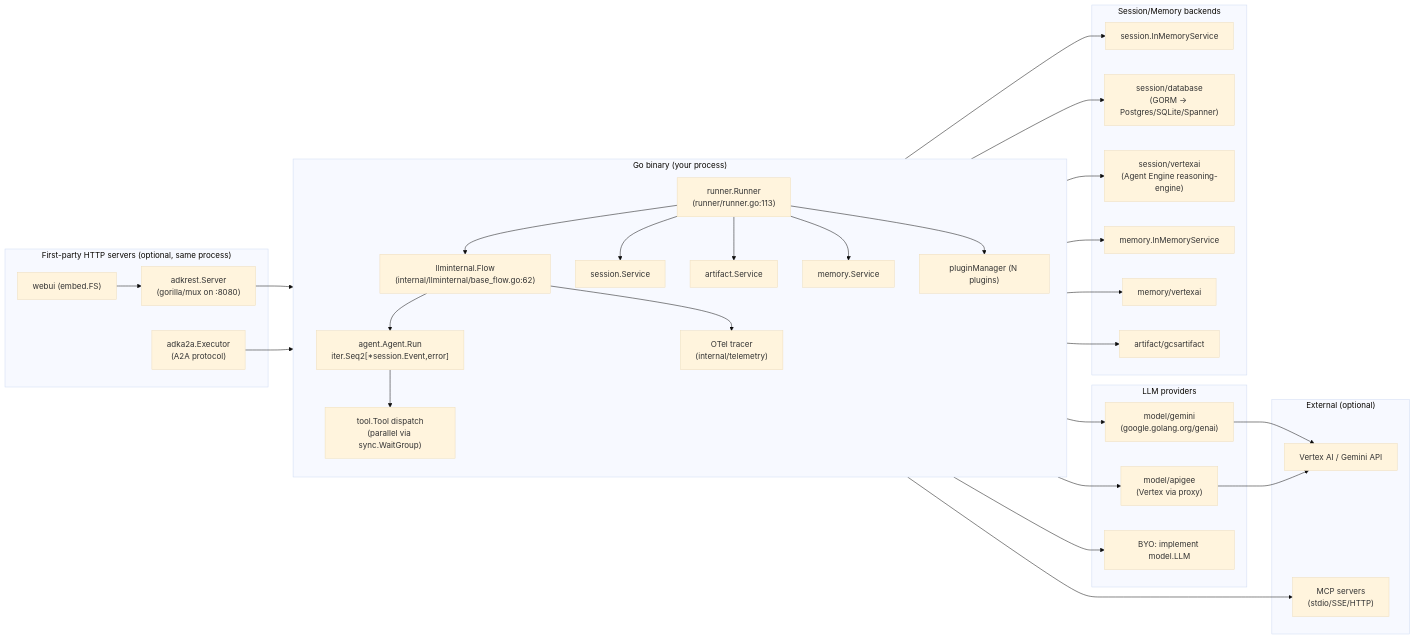
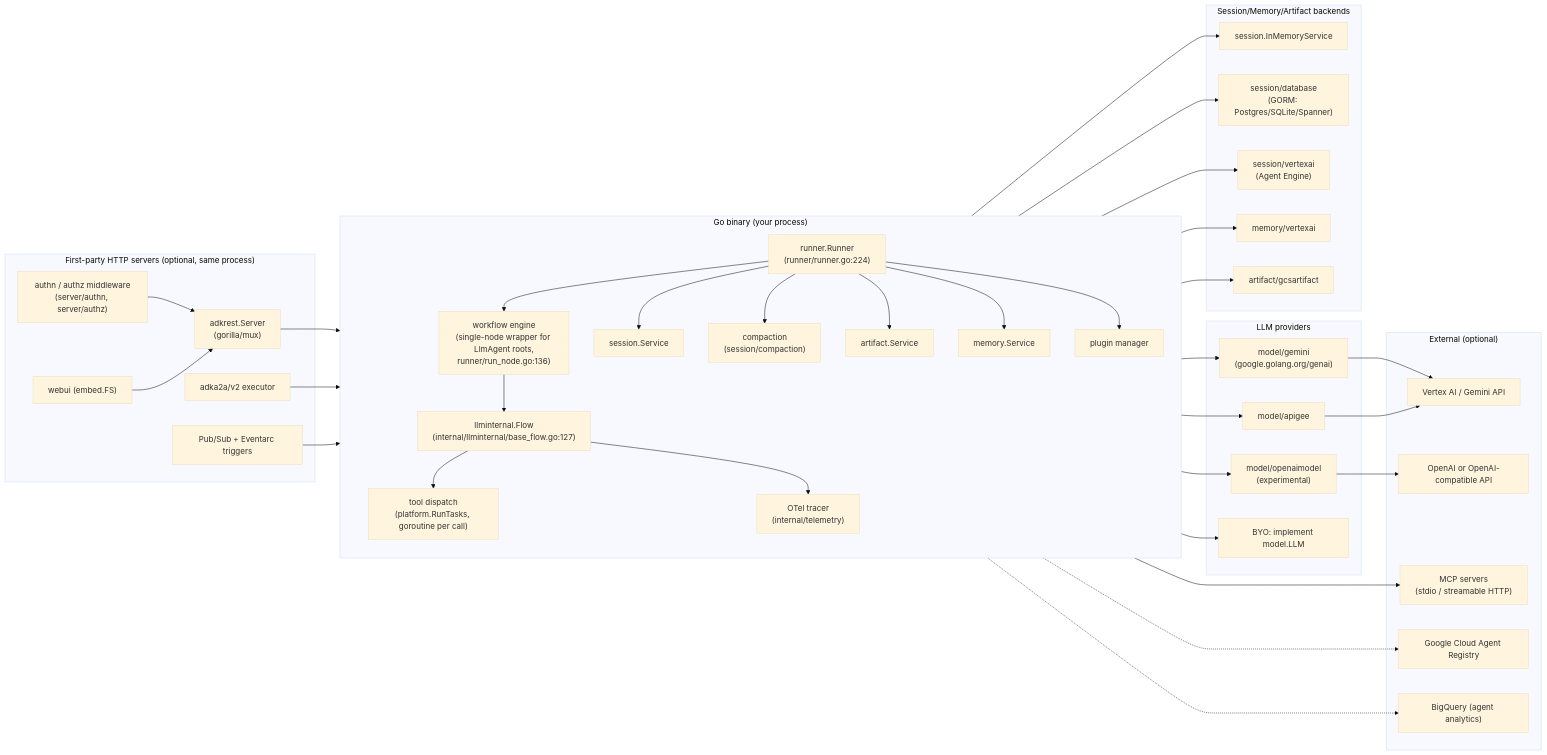
One commit to nmvalera/ai-framework-benchmark changed the first of 2 diagrams in docs/reports/adk-go.md. Above: the diagram before and after it, drawn with Mermaid (base theme). The commit also changed other lines of this file and 18 other files, not shown here.

````diff
--- a/docs/reports/adk-go.md
+++ b/docs/reports/adk-go.md
@@ -112,57 +121,67 @@
 ```mermaid
 flowchart LR
   subgraph host["Go binary (your process)"]
     direction TB
-    rt["runner.Runner<br/>(runner/runner.go:113)"]
-    rt --> flow["llminternal.Flow<br/>(internal/llminternal/base_flow.go:62)"]
-    flow --> agentRun["agent.Agent.Run<br/>iter.Seq2[*session.Event,error]"]
-    agentRun --> tools["tool.Tool dispatch<br/>(parallel via sync.WaitGroup)"]
+    rt["runner.Runner<br/>(runner/runner.go:224)"]
+    rt --> wf["workflow engine<br/>(single-node wrapper for LlmAgent roots,<br/>runner/run_node.go:136)"]
+    wf --> flow["llminternal.Flow<br/>(internal/llminternal/base_flow.go:127)"]
+    flow --> tools["tool dispatch<br/>(platform.RunTasks, goroutine per call)"]
     rt --> sessSvc["session.Service"]
+    rt --> compact["compaction<br/>(session/compaction)"]
     rt --> artSvc["artifact.Service"]
     rt --> memSvc["memory.Service"]
-    rt --> plugins["pluginManager (N plugins)"]
+    rt --> plugins["plugin manager"]
     flow --> tracer["OTel tracer<br/>(internal/telemetry)"]
   end
 
   subgraph servers["First-party HTTP servers (optional, same process)"]
-    rest["adkrest.Server<br/>(gorilla/mux on :8080)"]
-    a2a["adka2a.Executor<br/>(A2A protocol)"]
+    authn["authn / authz middleware<br/>(server/authn, server/authz)"]
+    rest["adkrest.Server<br/>(gorilla/mux)"]
+    a2a["adka2a/v2 executor"]
     webui["webui (embed.FS)"]
+    trig["Pub/Sub + Eventarc triggers"]
   end
-
+  authn --> rest
   rest --> rt
   a2a --> rt
+  trig --> rt
   webui --> rest
 
   subgraph providers["LLM providers"]
     gemini["model/gemini<br/>(google.golang.org/genai)"]
-    apigee["model/apigee<br/>(Vertex via proxy)"]
+    apigee["model/apigee"]
+    oai["model/openaimodel<br/>(experimental)"]
     byo["BYO: implement model.LLM"]
   end
   flow --> gemini
   flow --> apigee
+  flow --> oai
   flow --> byo
 
-  subgraph stores["Session/Memory backends"]
+  subgraph stores["Session/Memory/Artifact backends"]
     inmem["session.InMemoryService"]
-    pg["session/database<br/>(GORM → Postgres/SQLite/Spanner)"]
-    vert["session/vertexai<br/>(Agent Engine reasoning-engine)"]
-    memInmem["memory.InMemoryService"]
+    pg["session/database<br/>(GORM: Postgres/SQLite/Spanner)"]
+    vert["session/vertexai<br/>(Agent Engine)"]
     memVert["memory/vertexai"]
     gcs["artifact/gcsartifact"]
   end
   sessSvc --> inmem
   sessSvc --> pg
   sessSvc --> vert
-  memSvc --> memInmem
   memSvc --> memVert
   artSvc --> gcs
 
   subgraph external["External (optional)"]
     vertex["Vertex AI / Gemini API"]
-    mcp["MCP servers<br/>(stdio/SSE/HTTP)"]
+    openai["OpenAI or OpenAI-compatible API"]
+    mcp["MCP servers<br/>(stdio / streamable HTTP)"]
+    reg["Google Cloud Agent Registry"]
+    bq["BigQuery (agent analytics)"]
   end
   gemini --> vertex
   apigee --> vertex
+  oai --> openai
   tools --> mcp
+  rt -.-> reg
+  plugins -.-> bq
 ```
````
